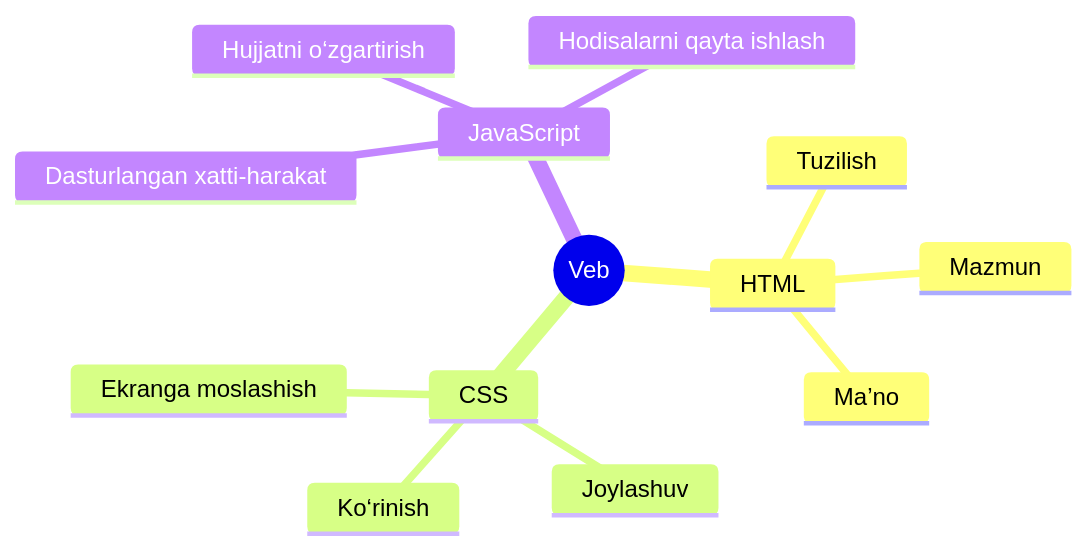
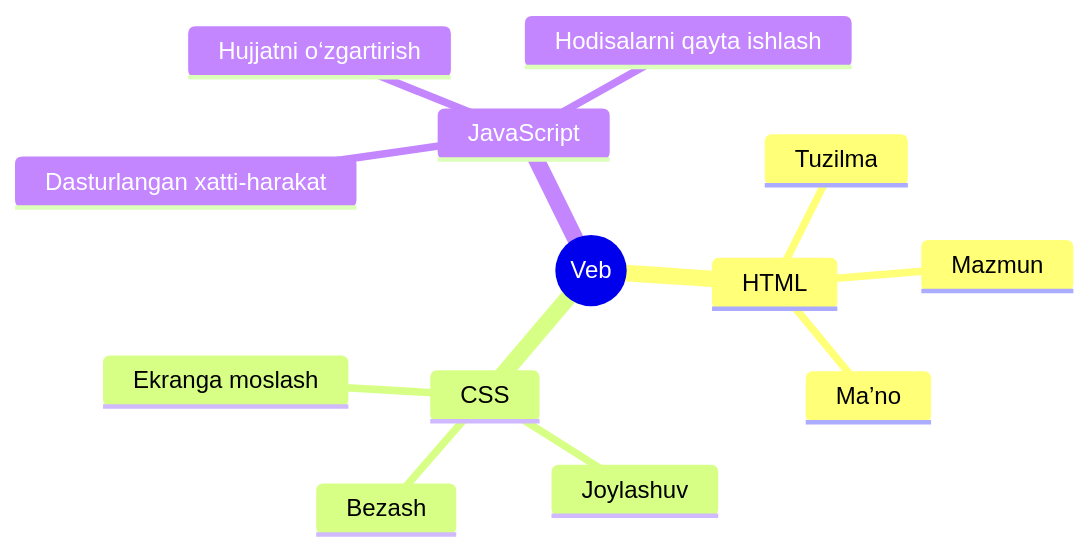
One commit to JLearn-space/JLearn-docs changed the first of 2 diagrams in HTML/Lesson-1/uz/HTML ga kirish hujjat tuzilishi.md. Above: the diagram before and after it, drawn with Mermaid. The commit also changed other lines of this file and 148 other files, not shown here.

````diff
--- a/HTML/Lesson-1/uz/HTML ga kirish hujjat tuzilishi.md
+++ b/HTML/Lesson-1/uz/HTML ga kirish hujjat tuzilishi.md
@@ -47,16 +56,16 @@
 ```mermaid
 mindmap
   root((Veb))
     HTML
-      Tuzilish
+      Tuzilma
       Mazmun
       Ma’no
     CSS
-      Ko‘rinish
+      Bezash
       Joylashuv
-      Ekranga moslashish
+      Ekranga moslash
     JavaScript
       Dasturlangan xatti-harakat
       Hujjatni o‘zgartirish
       Hodisalarni qayta ishlash
 ```
````
